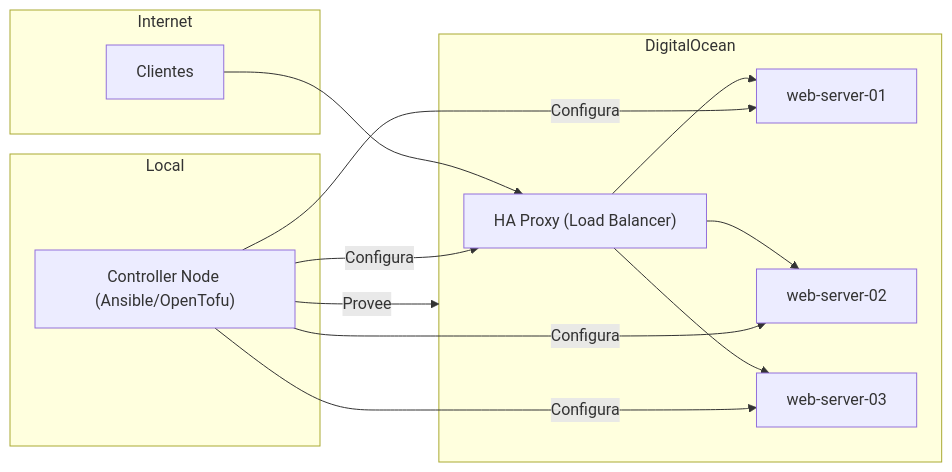
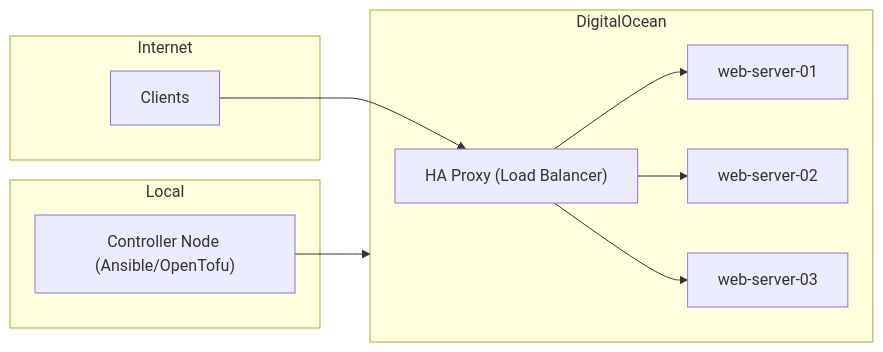
One commit to hectorvent/hectorvent.github.io changed the diagram in content/posts/talk-iac-jconf-2024.md. Above: the diagram before and after it, drawn with Mermaid. The commit also changed other lines of this file and 14 other files, not shown here.

````diff
--- a/content/posts/talk-iac-jconf-2024.md
+++ b/content/posts/talk-iac-jconf-2024.md
@@ -130,25 +130,24 @@
 ```mermaid
-graph LR
+flowchart LR
     subgraph Internet
-        Clients["Clientes"]
+        Clients["Clients"]
     end
 
-    subgraph DigitalOcean
+    subgraph DO ["DigitalOcean"]
         LB["HA Proxy (Load Balancer)"]
         Web1["web-server-01"]
         Web2["web-server-02"]
         Web3["web-server-03"]
         
         LB --> Web1
         LB --> Web2
         LB --> Web3
     end
 
     subgraph Local
         Controller["Controller Node (Ansible/OpenTofu)"]
     end
 
     Clients --> LB
-    Controller -->|Provee| DigitalOcean
-    Controller -->|Configura| LB & Web1 & Web2 & Web3
+    Controller --> DO
 ```
````
